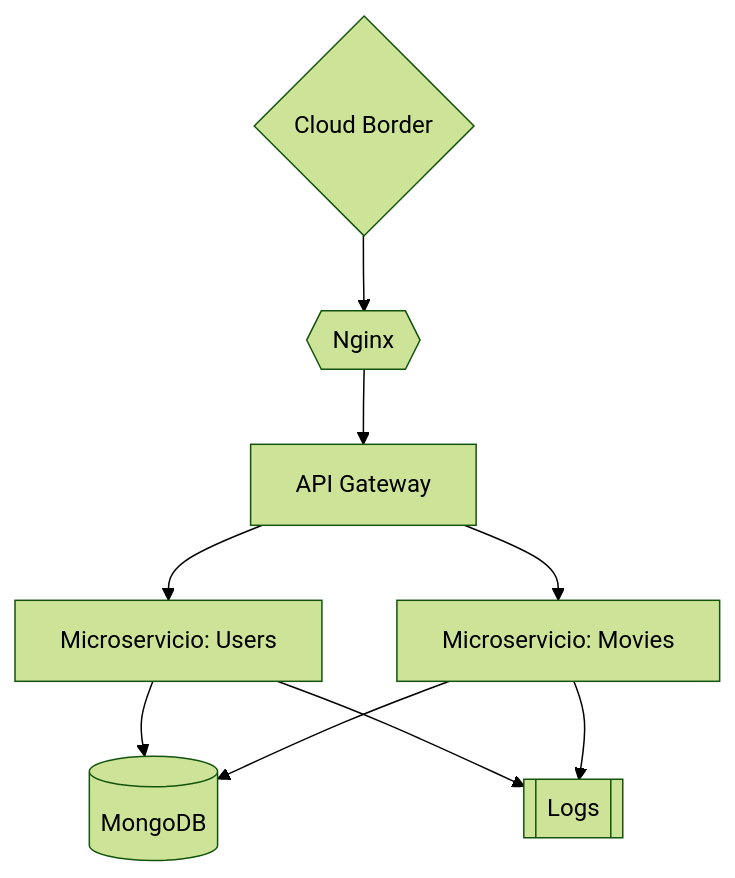
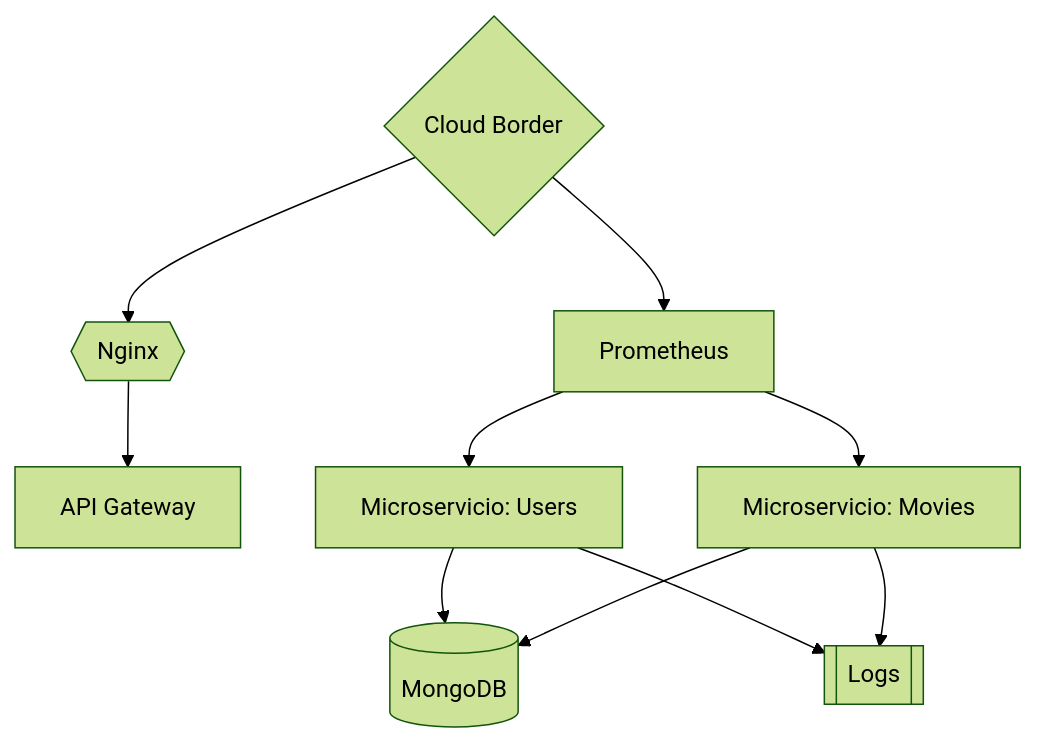
One commit to imeshinnovation/proyecto_ddd changed the first of 2 diagrams in README.md. Above: the diagram before and after it, drawn with Mermaid (forest theme).

Commit message:
Update repo

````diff
--- a/README.md
+++ b/README.md
@@ -24,12 +24,13 @@
 ```mermaid
 graph TD
     A{Cloud Border}
     A --> B{{Nginx}}
-    B --> C[API Gateway]
-    C --> D[Microservicio: Users]
-    C --> E[Microservicio: Movies]
-    D --> F[(MongoDB)]
-    E --> F[(MongoDB)]
-    D --> G[[Logs]]
-    E --> G[[Logs]]
+    A --> C[Prometheus]
+    B --> D[API Gateway]
+    C --> E[Microservicio: Users]
+    C --> F[Microservicio: Movies]
+    E --> G[(MongoDB)]
+    F --> G[(MongoDB)]
+    E --> H[[Logs]]
+    F --> H[[Logs]]
 ```
````
